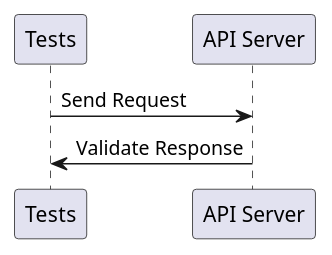
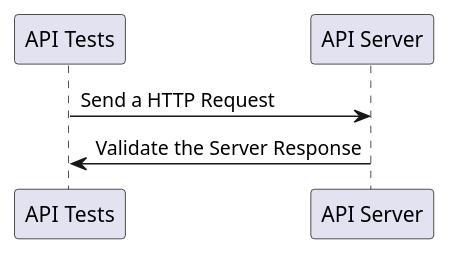
One commit to pactumjs/pactumjs.github.io changed the diagram in api-testing.md. Above: the diagram before and after it, drawn with PlantUML. The commit also changed other lines of this file and 7 other files, not shown here.

````diff
--- a/api-testing.md
+++ b/api-testing.md
@@ -5,8 +5,8 @@
 ```plantuml
 @startuml
 
-Tests -> "API Server": Send Request 
-"API Server" -> Tests: Validate Response
+"API Tests" -> "API Server": Send a HTTP Request 
+"API Server" -> "API Tests": Validate the Server Response
 
 @enduml
 ```
````
